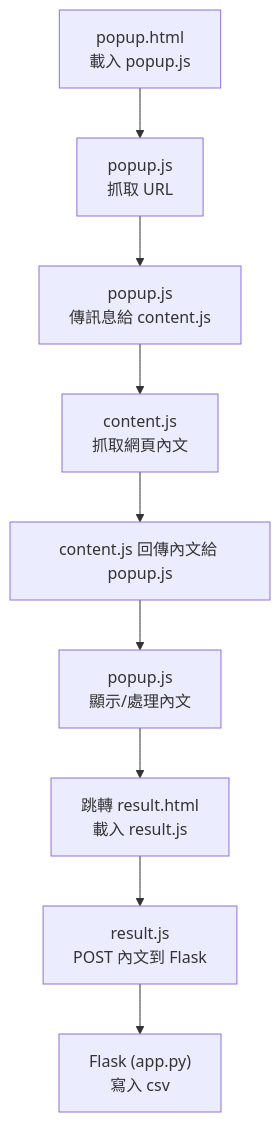
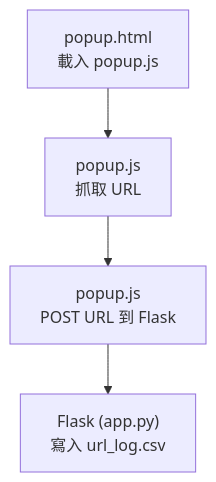
One commit to wen22-erh/fake-news-detector changed the diagram in README.md. Above: the diagram before and after it, drawn with Mermaid. The commit also changed 1 other file, not shown here.

Commit message:
reupload

````diff
--- a/README.md
+++ b/README.md
@@ -7,11 +7,6 @@
 ```mermaid
 flowchart TD
     A["popup.html<br>載入 popup.js"] --> B["popup.js<br>抓取 URL"]
-    B --> C["popup.js<br>傳訊息給 content.js"]
-    C --> D["content.js<br>抓取網頁內文"]
-    D --> E["content.js 回傳內文給 popup.js"]
-    E --> F["popup.js<br>顯示/處理內文"]
-    F --> G["跳轉 result.html<br>載入 result.js"]
-    G --> H["result.js<br>POST 內文到 Flask"]
-    H --> I["Flask (app.py)<br>寫入 csv"]
+    B --> C["popup.js<br>POST URL 到 Flask"]
+    C --> D["Flask (app.py)<br>寫入 url_log.csv"]
 ```
````
